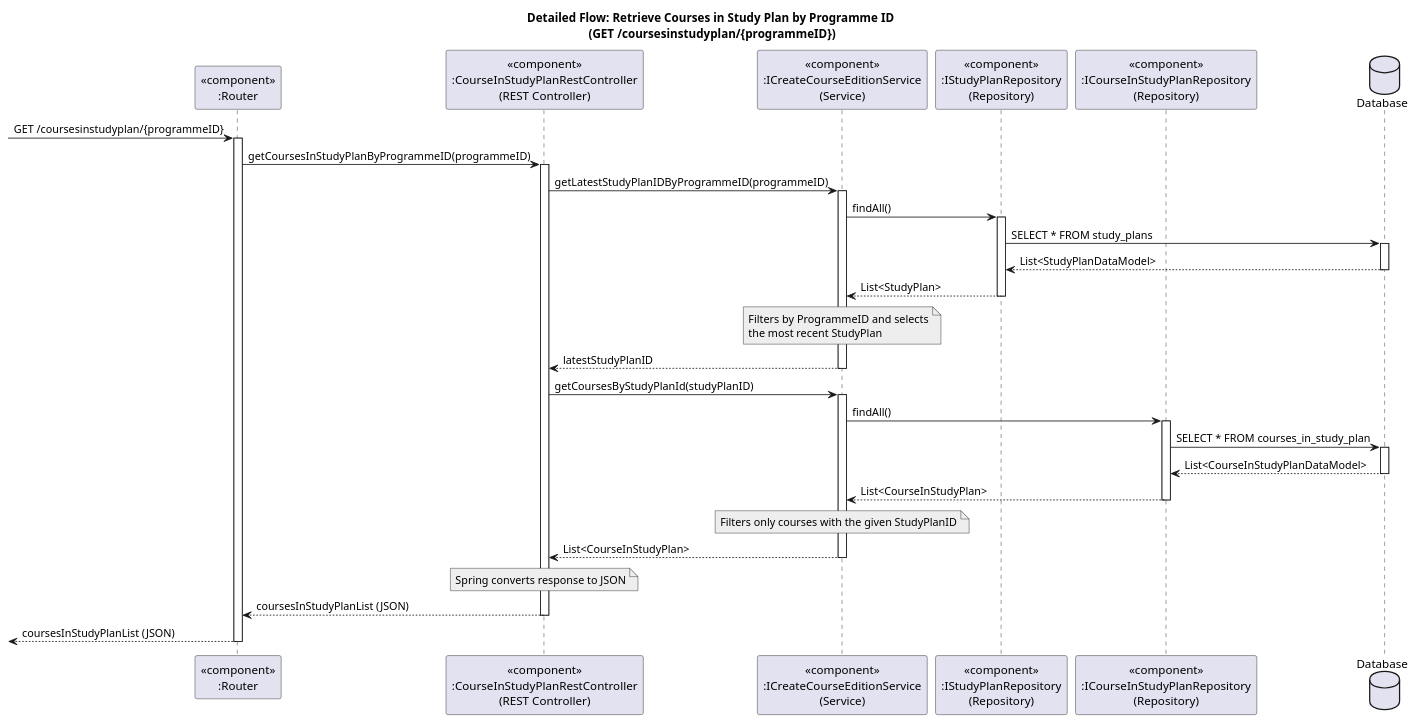
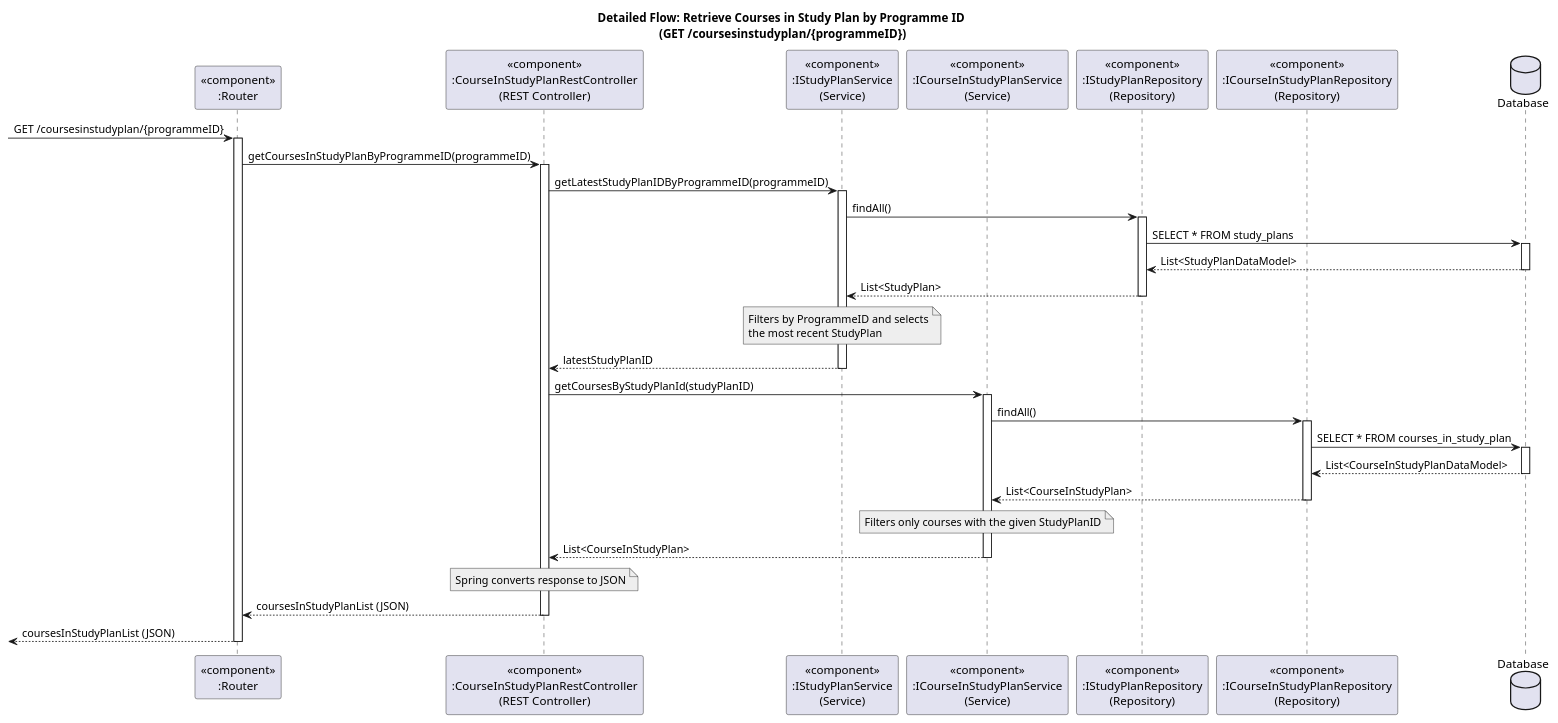
The diagram in docs/US19/Sprint6_RestAPI/ProcessView/references/Reference3_ListOfCoursesInStudyPlan.puml (GasparISEP/DevOps-PAI), drawn with PlantUML before and after one commit. The commit also changed 4 other files, not shown here.

Commit message:
[feat] Add getCoursesInStudyPlanByProgrammeID endpoint in CISP Rest Controller to support CourseEdition creation and unit tests; Add toDTOFromEntity method in CISP Assembler (refs #537, #599)

```diff
--- a/docs/US19/Sprint6_RestAPI/ProcessView/references/Reference3_ListOfCoursesInStudyPlan.puml
+++ b/docs/US19/Sprint6_RestAPI/ProcessView/references/Reference3_ListOfCoursesInStudyPlan.puml
@@ -1,68 +1,69 @@
 @startuml
 title Detailed Flow: Retrieve Courses in Study Plan by Programme ID \n(GET /coursesinstudyplan/{programmeID})
 
 participant "<<component>>\n:Router" as Router
 participant "<<component>>\n:CourseInStudyPlanRestController\n(REST Controller)" as Controller
-participant "<<component>>\n:ICreateCourseEditionService\n(Service)" as Service
+participant "<<component>>\n:IStudyPlanService\n(Service)" as SPService
+participant "<<component>>\n:ICourseInStudyPlanService\n(Service)" as CSPService
 participant "<<component>>\n:IStudyPlanRepository\n(Repository)" as StudyPlanRepo
 participant "<<component>>\n:ICourseInStudyPlanRepository\n(Repository)" as CourseInSPRepo
 database "Database" as DB
 
 -> Router: GET /coursesinstudyplan/{programmeID}
 activate Router
 
 Router -> Controller: getCoursesInStudyPlanByProgrammeID(programmeID)
 activate Controller
 
-Controller -> Service: getLatestStudyPlanIDByProgrammeID(programmeID)
-activate Service
+Controller -> SPService: getLatestStudyPlanIDByProgrammeID(programmeID)
+activate SPService
 
-Service -> StudyPlanRepo: findAll()
+SPService -> StudyPlanRepo: findAll()
 activate StudyPlanRepo
 
 StudyPlanRepo -> DB: SELECT * FROM study_plans
 activate DB
 DB --> StudyPlanRepo: List<StudyPlanDataModel>
 deactivate DB
-StudyPlanRepo --> Service: List<StudyPlan>
+StudyPlanRepo --> SPService: List<StudyPlan>
 deactivate StudyPlanRepo
 
-note over Service #EEEEEE
+note over SPService #EEEEEE
 Filters by ProgrammeID and selects
 the most recent StudyPlan
 end note
 
-Service --> Controller: latestStudyPlanID
-deactivate Service
+SPService --> Controller: latestStudyPlanID
+deactivate SPService
 
-Controller -> Service: getCoursesByStudyPlanId(studyPlanID)
-activate Service
+Controller -> CSPService: getCoursesByStudyPlanId(studyPlanID)
+activate CSPService
 
-Service -> CourseInSPRepo: findAll()
+CSPService -> CourseInSPRepo: findAll()
 activate CourseInSPRepo
 
 CourseInSPRepo -> DB: SELECT * FROM courses_in_study_plan
 activate DB
 DB --> CourseInSPRepo: List<CourseInStudyPlanDataModel>
 deactivate DB
-CourseInSPRepo --> Service: List<CourseInStudyPlan>
+CourseInSPRepo --> CSPService: List<CourseInStudyPlan>
 deactivate CourseInSPRepo
 
-note over Service #EEEEEE
+note over CSPService #EEEEEE
 Filters only courses with the given StudyPlanID
 end note
 
-Service --> Controller: List<CourseInStudyPlan>
-deactivate Service
+CSPService --> Controller: List<CourseInStudyPlan>
+deactivate CSPService
 
 note over Controller #EEEEEE
 Spring converts response to JSON
 end note
 
 Controller --> Router: coursesInStudyPlanList (JSON)
 deactivate Controller
 
 <-- Router: coursesInStudyPlanList (JSON)
 deactivate Router
 
 @enduml
```
